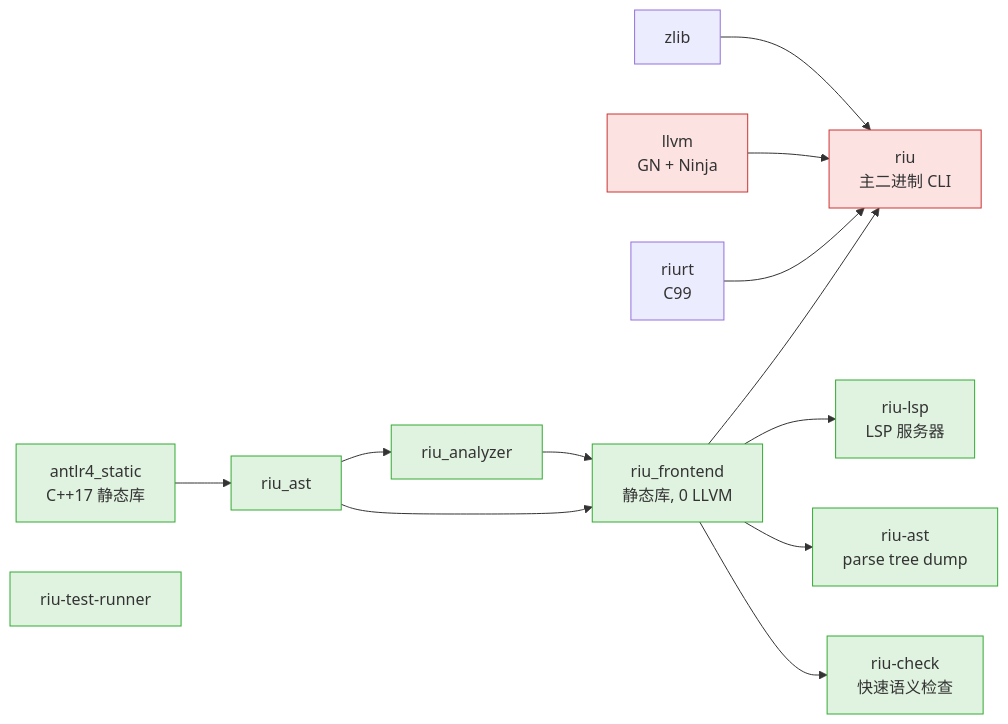
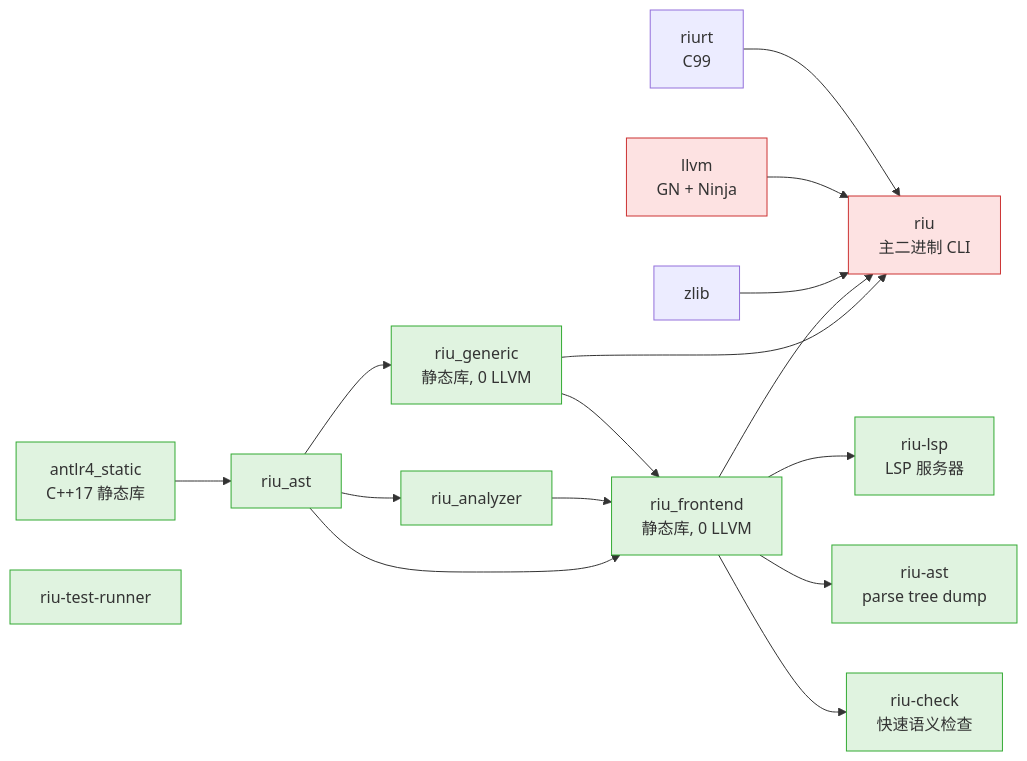
The first of 6 diagrams in riu.md (riu-lang/riu), drawn with Mermaid before and after one commit. The commit also changed other lines of this file and 9 other files, not shown here.

Commit message:
refactor: 抽出 riu_generic 空壳，Sema 与 codegen 先挂上占位类型

````diff
--- a/riu.md
+++ b/riu.md
@@ -11,34 +11,38 @@
 ```mermaid
 graph LR
     antlr[antlr4_static<br/>C++17 静态库]
     zlib[zlib]
     llvm[llvm<br/>GN + Ninja]
     astlib[riu_ast]
     analyzer[riu_analyzer]
+    generic[riu_generic<br/>静态库, 0 LLVM]
     rt[riurt<br/>C99]
 
     frontend[riu_frontend<br/>静态库, 0 LLVM]
 
     riu[riu<br/>主二进制 CLI]
     lsp[riu-lsp<br/>LSP 服务器]
     ast[riu-ast<br/>parse tree dump]
     check[riu-check<br/>快速语义检查]
     runner[riu-test-runner]
 
     antlr --> astlib
     astlib --> analyzer
+    astlib --> generic
     astlib --> frontend
     analyzer --> frontend
+    generic --> frontend
+    generic --> riu
     frontend --> riu
     zlib --> riu
     llvm --> riu
     rt --> riu
     frontend --> lsp
     frontend --> ast
     frontend --> check
 
     classDef nollvm fill:#e0f3e0,stroke:#3a3
     classDef llvmDep fill:#fde2e2,stroke:#c33
-    class frontend,lsp,ast,check,astlib,analyzer,antlr,runner nollvm
+    class frontend,lsp,ast,check,astlib,analyzer,generic,antlr,runner nollvm
     class llvm,riu llvmDep
 ```
````
